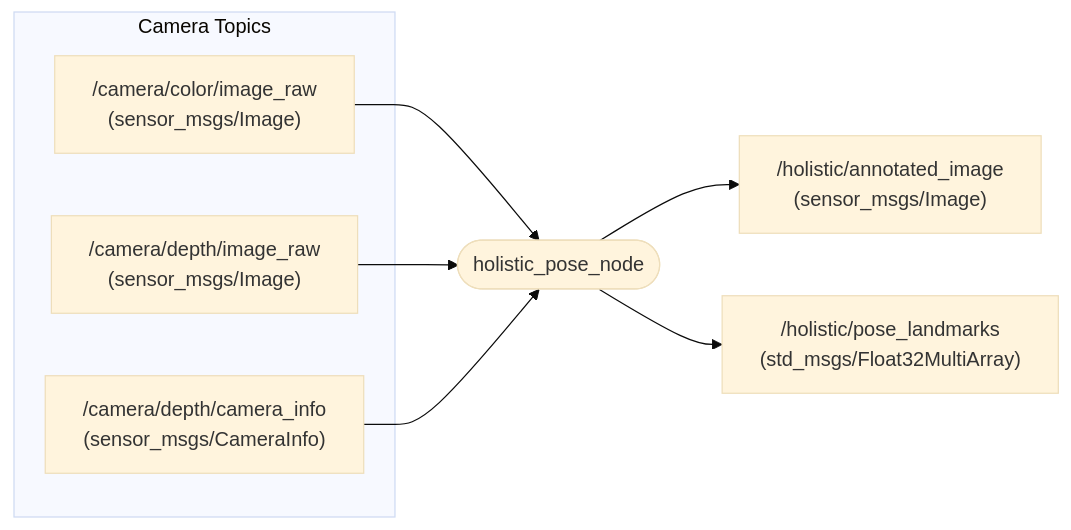
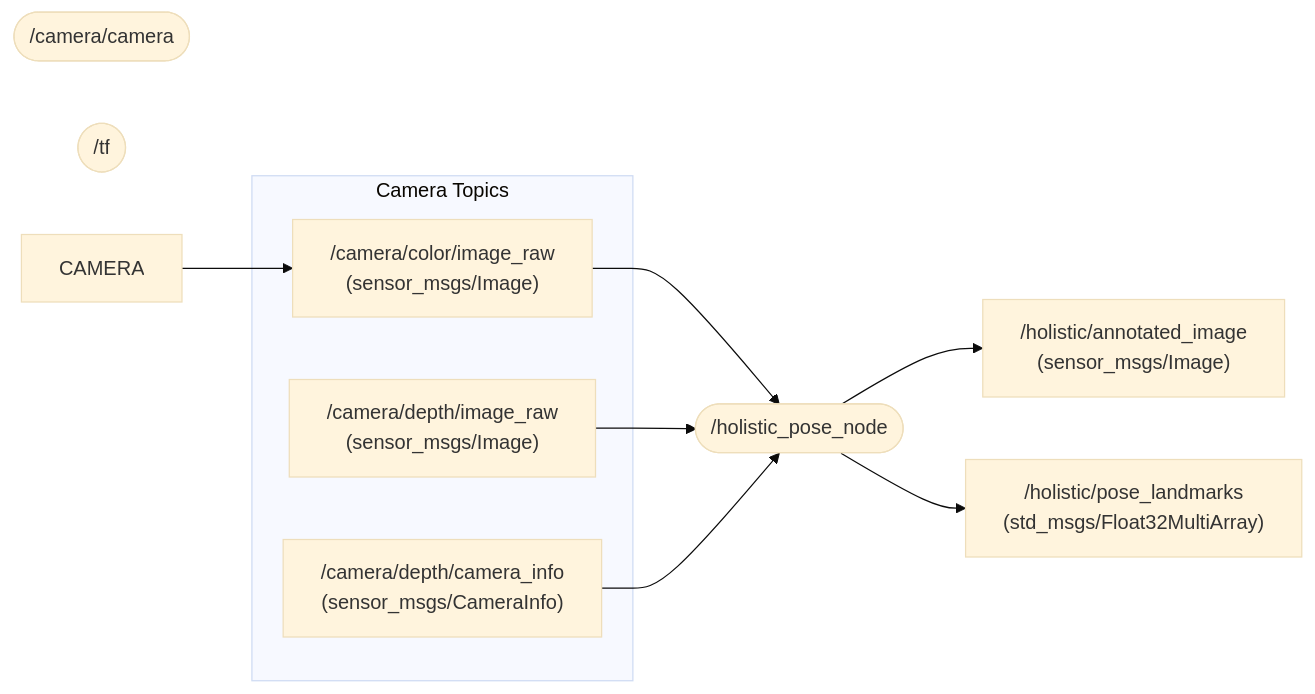
The diagram in README.md (iHaruruki/mediapipe_ros2), drawn with Mermaid (base theme) before and after one commit.

````diff
--- a/README.md
+++ b/README.md
@@ -6,23 +6,29 @@
 ```mermaid
 flowchart LR
+  %% Camera Node
+  CARERA([/camera/camera])
+  TF([/tf])
+
   %% ---------- Input topics ----------
   subgraph Camera Topics
     CIMG["/camera/color/image_raw<br/>(sensor_msgs/Image)"]
     DIMG["/camera/depth/image_raw<br/>(sensor_msgs/Image)"]
     DINFO["/camera/depth/camera_info<br/>(sensor_msgs/CameraInfo)"]
   end
 
+  CAMERA --> CIMG
+
   %% ---------- Node ----------
-  NODE([holistic_pose_node])
+  NODE([/holistic_pose_node])
 
   CIMG --> NODE
   DIMG --> NODE
   DINFO --> NODE
 
   %% ---------- Output topics ----------
   ANN["/holistic/annotated_image<br/>(sensor_msgs/Image)"]
   LM["/holistic/pose_landmarks<br/>(std_msgs/Float32MultiArray)"]
 
   NODE --> ANN
   NODE --> LM
 ```
````
